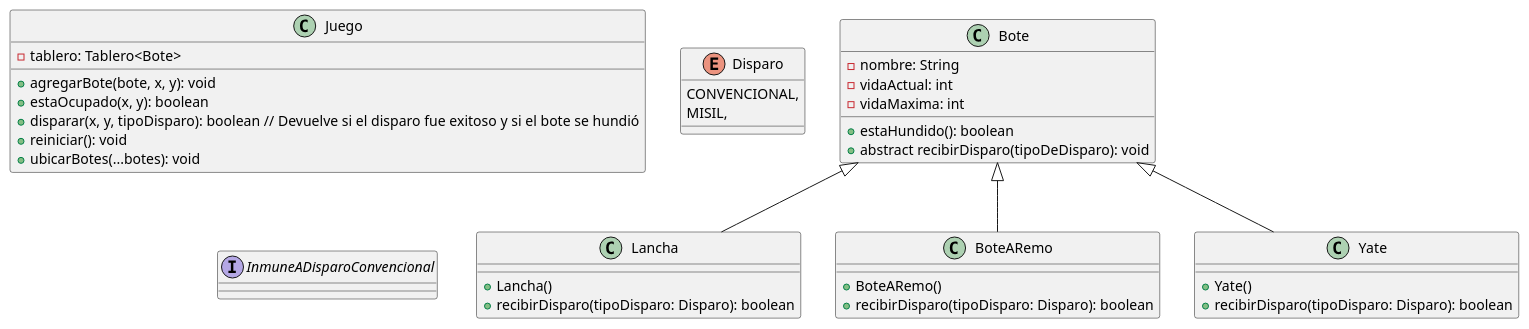
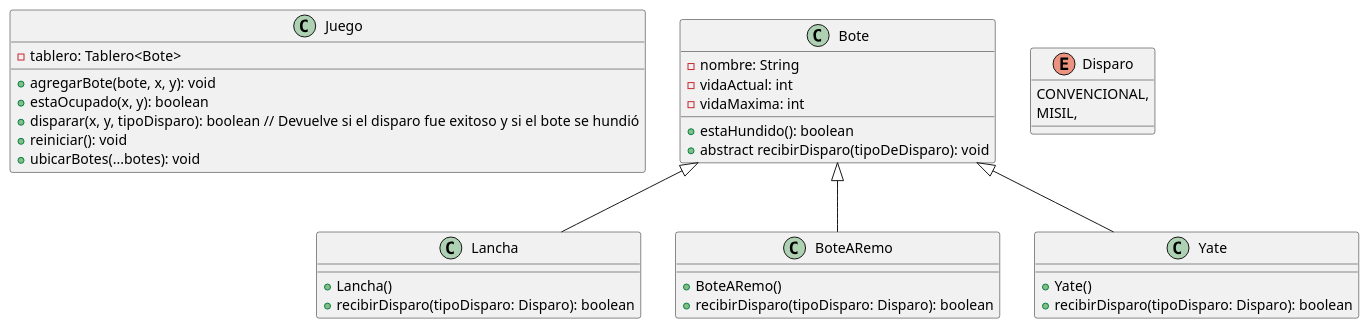
Before and after one commit to pDiosquez467/Paradigmas-Essaya: the diagram in TB025/src/main/java/objetosSimples/batallaDeBotesV2/batalla.puml, drawn with PlantUML.

Commit message:
feat(Agrega diseño para el ejercicio 'BatallaDeBotes' de Objetos): Agrego pequeña modificación

```diff
--- a/TB025/src/main/java/objetosSimples/batallaDeBotesV2/batalla.puml
+++ b/TB025/src/main/java/objetosSimples/batallaDeBotesV2/batalla.puml
@@ -1,45 +1,43 @@
 @startuml
 class Juego {
 -tablero: Tablero<Bote>
 +agregarBote(bote, x, y): void
 +estaOcupado(x, y): boolean
 +disparar(x, y, tipoDisparo): boolean // Devuelve si el disparo fue exitoso y si el bote se hundió
 +reiniciar(): void
 +ubicarBotes(...botes): void
 }
 
 class Bote {
 -nombre: String
 -vidaActual: int
 -vidaMaxima: int
 
 +estaHundido(): boolean
 +abstract recibirDisparo(tipoDeDisparo): void
 }
 
 enum Disparo {
     CONVENCIONAL,
     MISIL,
 }
 
 class Lancha {
     +Lancha()
     +recibirDisparo(tipoDisparo: Disparo): boolean
 }
 
 class BoteARemo {
     +BoteARemo()
     +recibirDisparo(tipoDisparo: Disparo): boolean
 }
 
 class Yate {
     +Yate()
     +recibirDisparo(tipoDisparo: Disparo): boolean
 }
-interface InmuneADisparoConvencional {}
 
 Bote <|-- Lancha
 Bote <|-- BoteARemo
 Bote <|-- Yate
-
 @enduml
```
